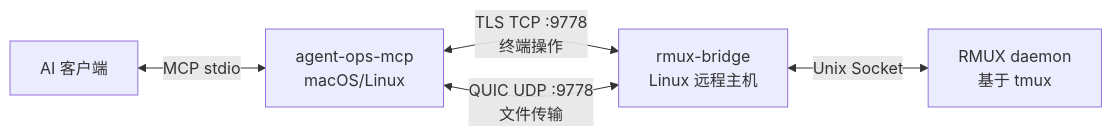
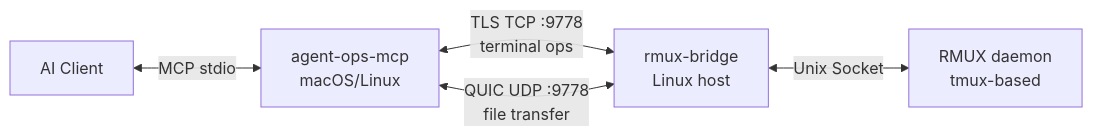
Before and after one commit to tddh/agent-ops: the diagram in README.md, drawn with Mermaid. The commit also changed other lines of this file and 1 other file, not shown here.

````diff
--- a/README.md
+++ b/README.md
@@ -7,7 +9,7 @@
 ```mermaid
 graph LR
-    A[AI 客户端] <-->|MCP stdio| B[agent-ops-mcp<br/>macOS/Linux]
-    B <-->|TLS TCP :9778<br/>终端操作| C[rmux-bridge<br/>Linux 远程主机]
-    B <-->|QUIC UDP :9778<br/>文件传输| C
-    C <-->|Unix Socket| D[RMUX daemon<br/>基于 tmux]
+    A[AI Client] <-->|MCP stdio| B[agent-ops-mcp<br/>macOS/Linux]
+    B <-->|TLS TCP :9778<br/>terminal ops| C[rmux-bridge<br/>Linux host]
+    B <-->|QUIC UDP :9778<br/>file transfer| C
+    C <-->|Unix Socket| D[RMUX daemon<br/>tmux-based]
 ```
````
